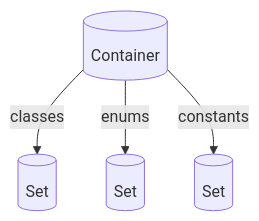
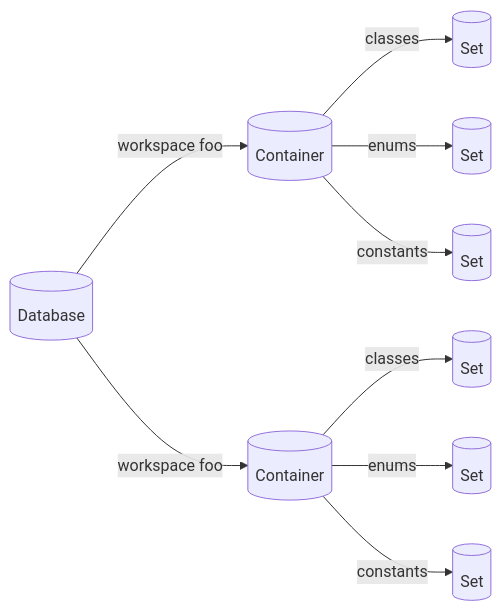
The diagram in README.md (DaanV2/lsp-object-storage), drawn with Mermaid before and after one commit. The commit also changed 8 other files, not shown here.

````diff
--- a/README.md
+++ b/README.md
@@ -12,11 +12,23 @@
 ```mermaid
-flowchart TD
-    container[(Container)]
+flowchart LR
+    db[(Database)]
+    container1[(Container)]
+    container2[(Container)]
     set1[(Set)]
     set2[(Set)]
     set3[(Set)]
+    set4[(Set)]
+    set5[(Set)]
+    set6[(Set)]
 
-    container --classes--> set1
-    container --enums--> set2
-    container --constants--> set3
+    db -- workspace foo --> container1
+    db -- workspace foo --> container2
+
+    container1 --classes--> set1
+    container1 --enums--> set2
+    container1 --constants--> set3
+
+    container2 --classes--> set4
+    container2 --enums--> set5
+    container2 --constants--> set6
 ```
````
